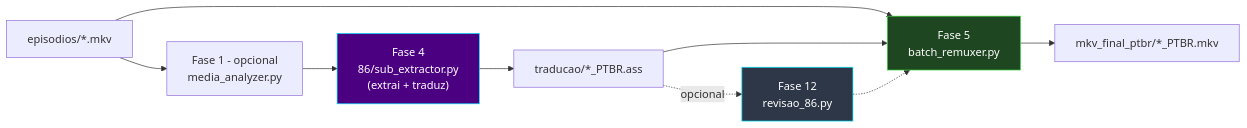
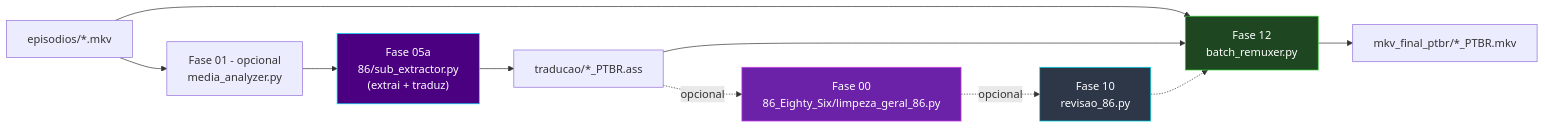
The second of 15 diagrams in docs/arquitetura.md (carmipa/projeto-tracker-animes-traducao), drawn with Mermaid before and after one commit. The commit also changed other lines of this file and 42 other files, not shown here.

````diff
--- a/docs/arquitetura.md
+++ b/docs/arquitetura.md
@@ -99,15 +119,17 @@
 ```mermaid
 flowchart LR
-    MKV["episodios/*.mkv"] --> F1["Fase 1 - opcional\nmedia_analyzer.py"]
-    F1 --> F4["Fase 4\n86/sub_extractor.py\n(extrai + traduz)"]
-    F4 --> ASS["traducao/*_PTBR.ass"]
-    ASS -.->|opcional| F12["Fase 12\nrevisao_86.py"]
-    MKV --> F5["Fase 5\nbatch_remuxer.py"]
-    ASS --> F5
-    F12 -.-> F5
-    F5 --> OUT["mkv_final_ptbr/*_PTBR.mkv"]
+    A_MKV["episodios/*.mkv"] --> A_F1["Fase 01 - opcional<br/>media_analyzer.py"]
+    A_F1 --> A_F05A["Fase 05a<br/>86/sub_extractor.py<br/>(extrai + traduz)"]
+    A_F05A --> A_ASS["traducao/*_PTBR.ass"]
+    A_ASS -.->|"opcional"| A_HYG["Fase 00<br/>86_Eighty_Six/limpeza_geral_86.py"]
+    A_HYG -.->|"opcional"| A_F10["Fase 10<br/>revisao_86.py"]
+    A_MKV --> A_F12["Fase 12<br/>batch_remuxer.py"]
+    A_ASS --> A_F12
+    A_F10 -.-> A_F12
+    A_F12 --> A_OUT["mkv_final_ptbr/*_PTBR.mkv"]
 
-    style F4 fill:#4B0082,stroke:#00E5FF,color:#fff
-    style F12 fill:#2d3748,stroke:#00E5FF,color:#fff
-    style F5 fill:#1e4620,stroke:#32CD32,color:#fff
+    style A_F05A fill:#4B0082,stroke:#00E5FF,color:#fff
+    style A_HYG fill:#6b21a8,stroke:#d946ef,color:#fff
+    style A_F10 fill:#2d3748,stroke:#00E5FF,color:#fff
+    style A_F12 fill:#1e4620,stroke:#32CD32,color:#fff
 ```
````
